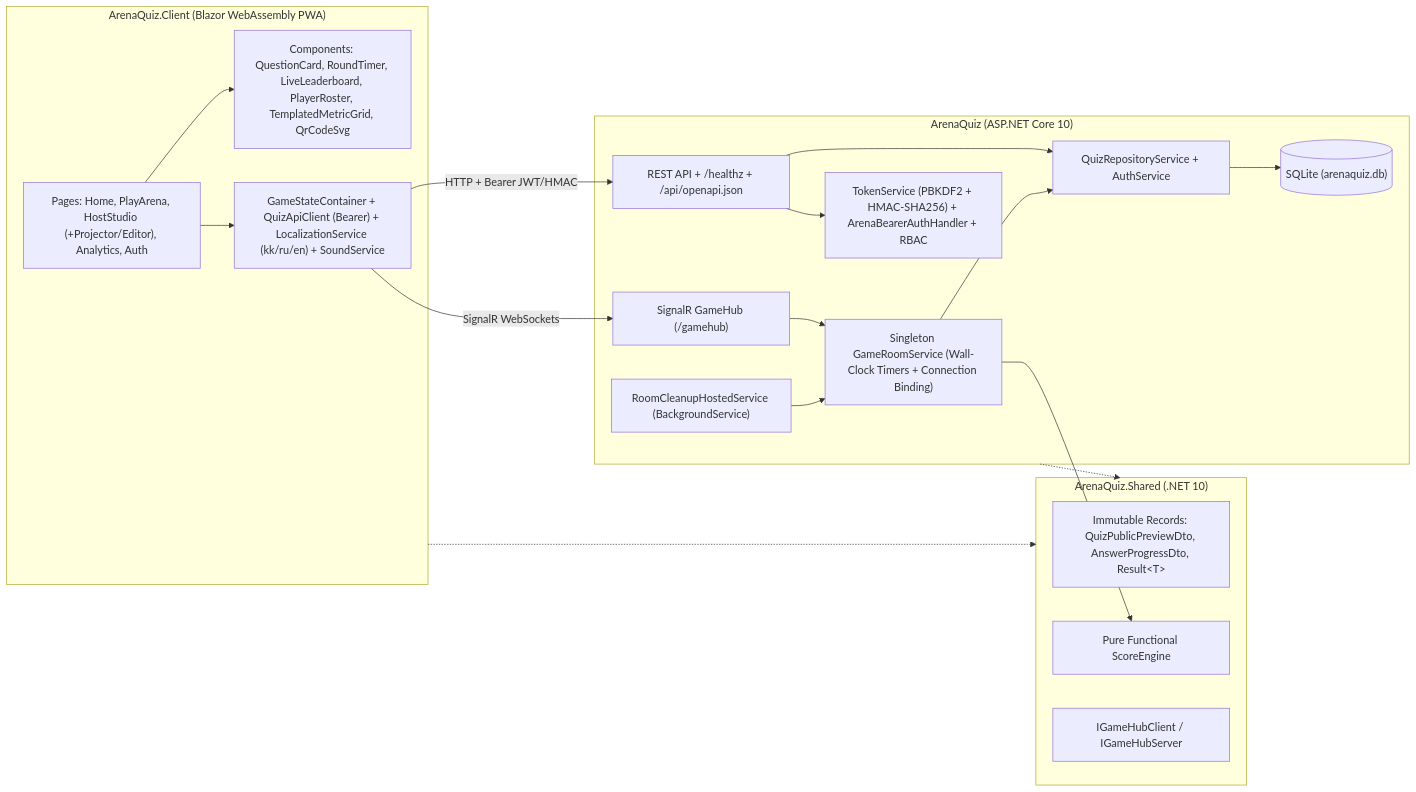
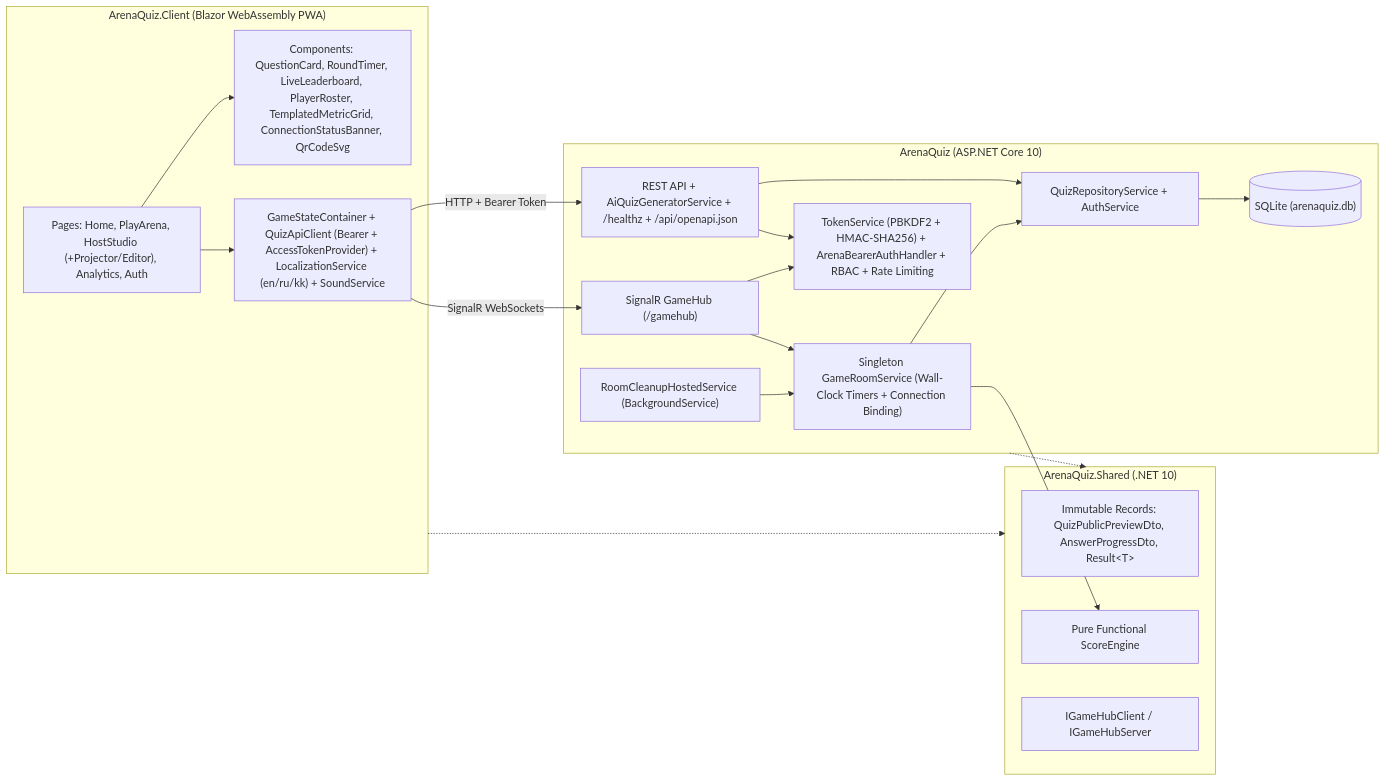
One commit to tamerlanaitpayev1-netizen/IFP-FINAL changed the first of 3 diagrams in README.md. Above: the diagram before and after it, drawn with Mermaid. The commit also changed other lines of this file and 2 other files, not shown here.

Commit message:
docs: rewrite README in English and sync updated presentation PDF and GitHub link

````diff
--- a/README.md
+++ b/README.md
@@ -19,38 +24,39 @@
 ```mermaid
 flowchart LR
     subgraph Client["ArenaQuiz.Client (Blazor WebAssembly PWA)"]
         Pages["Pages: Home, PlayArena, HostStudio (+Projector/Editor), Analytics, Auth"]
-        Components["Components: QuestionCard, RoundTimer, LiveLeaderboard, PlayerRoster, TemplatedMetricGrid, QrCodeSvg"]
-        ServicesClient["GameStateContainer + QuizApiClient (Bearer) + LocalizationService (kk/ru/en) + SoundService"]
+        Components["Components: QuestionCard, RoundTimer, LiveLeaderboard, PlayerRoster, TemplatedMetricGrid, ConnectionStatusBanner, QrCodeSvg"]
+        ServicesClient["GameStateContainer + QuizApiClient (Bearer + AccessTokenProvider) + LocalizationService (en/ru/kk) + SoundService"]
     end
 
     subgraph Shared["ArenaQuiz.Shared (.NET 10)"]
         DTO["Immutable Records: QuizPublicPreviewDto, AnswerProgressDto, Result&lt;T&gt;"]
         Engine["Pure Functional ScoreEngine"]
         Contracts["IGameHubClient / IGameHubServer"]
     end
 
     subgraph Server["ArenaQuiz (ASP.NET Core 10)"]
-        Security["TokenService (PBKDF2 + HMAC-SHA256) + ArenaBearerAuthHandler + RBAC"]
+        Security["TokenService (PBKDF2 + HMAC-SHA256) + ArenaBearerAuthHandler + RBAC + Rate Limiting"]
         Hub["SignalR GameHub (/gamehub)"]
         RoomSvc["Singleton GameRoomService (Wall-Clock Timers + Connection Binding)"]
         Cleanup["RoomCleanupHostedService (BackgroundService)"]
-        Controllers["REST API + /healthz + /api/openapi.json"]
+        Controllers["REST API + AiQuizGeneratorService + /healthz + /api/openapi.json"]
         Repo["QuizRepositoryService + AuthService"]
         DB[("SQLite (arenaquiz.db)")]
     end
 
     Pages --> Components
     Pages --> ServicesClient
     ServicesClient -- "SignalR WebSockets" --> Hub
-    ServicesClient -- "HTTP + Bearer JWT/HMAC" --> Controllers
+    ServicesClient -- "HTTP + Bearer Token" --> Controllers
     Controllers --> Security
     Controllers --> Repo
+    Hub --> Security
     Hub --> RoomSvc
     Cleanup --> RoomSvc
     RoomSvc --> Engine
     RoomSvc --> Repo
     Repo --> DB
     Client -.-> Shared
     Server -.-> Shared
 ```
````
